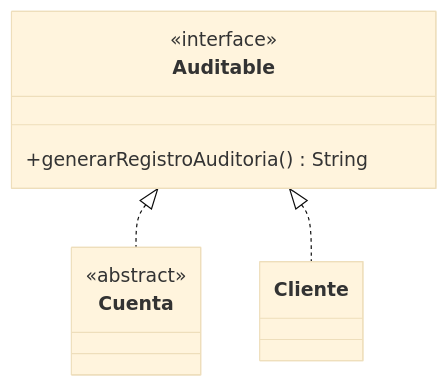
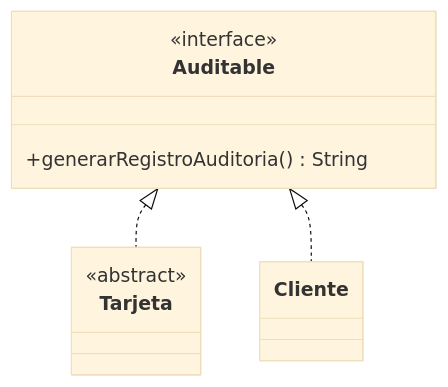
The third of 3 diagrams in content/cursos/estructuras-de-datos/polimorfismo.mdx (santiagoSuarez219/nodo-edu), drawn with Mermaid (base theme) before and after one commit. The commit also changed other lines of this file and 3 other files, not shown here.

````diff
--- a/content/cursos/estructuras-de-datos/polimorfismo.mdx
+++ b/content/cursos/estructuras-de-datos/polimorfismo.mdx
@@ -210,14 +145,14 @@
 ```mermaid
 classDiagram
   class Auditable {
     <<interface>>
     +generarRegistroAuditoria() String
   }
-  class Cuenta {
+  class Tarjeta {
     <<abstract>>
   }
   class Cliente {
   }
-  Auditable <|.. Cuenta
+  Auditable <|.. Tarjeta
   Auditable <|.. Cliente
 ```
````
